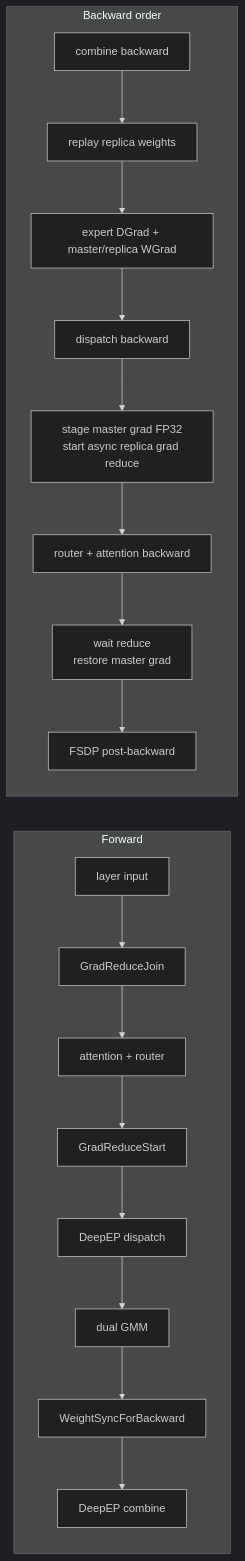
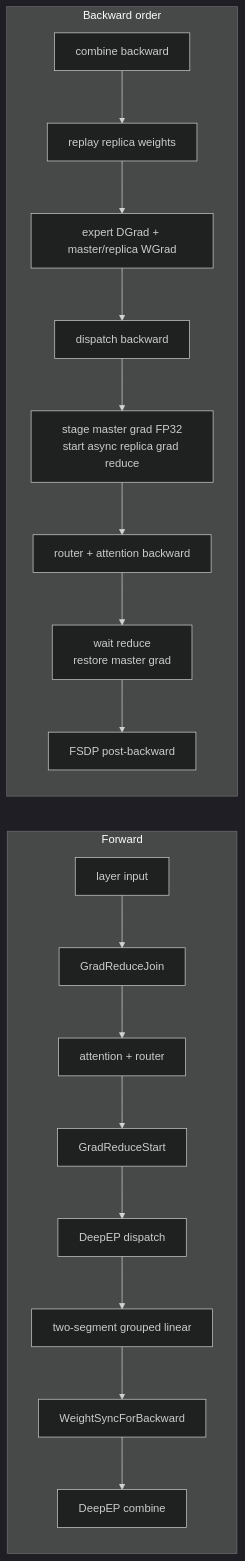
One commit to jayhenry/xtuner changed the fourth of 7 diagrams in xtuner_ep_extend.md. Above: the diagram before and after it, drawn with Mermaid (dark theme). The commit also changed other lines of this file and 1 other file, not shown here.

Commit message:
docs: redesign dynamic EP grouped linear interface

````diff
--- a/xtuner_ep_extend.md
+++ b/xtuner_ep_extend.md
@@ -169,22 +175,22 @@
 ```mermaid
 flowchart LR
     subgraph F["Forward"]
         A["layer input"] --> B["GradReduceJoin"]
         B --> C["attention + router"]
         C --> D["GradReduceStart"]
         D --> E["DeepEP dispatch"]
-        E --> G["dual GMM"]
+        E --> G["two-segment grouped linear"]
         G --> H["WeightSyncForBackward"]
         H --> I["DeepEP combine"]
     end
 
     subgraph BW["Backward order"]
         J["combine backward"] --> K["replay replica weights"]
         K --> L["expert DGrad + master/replica WGrad"]
         L --> M["dispatch backward"]
         M --> N["stage master grad FP32<br/>start async replica grad reduce"]
         N --> O["router + attention backward"]
         O --> P["wait reduce<br/>restore master grad"]
         P --> Q["FSDP post-backward"]
     end
 ```
````
